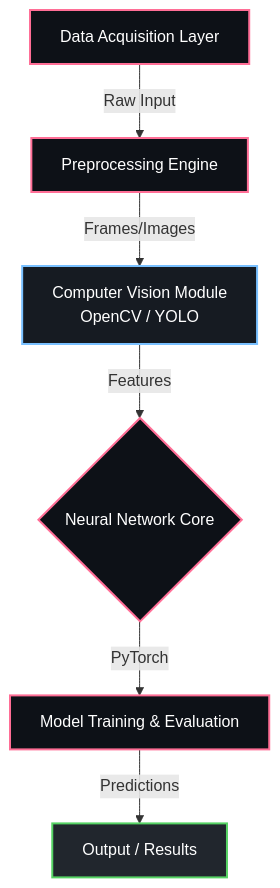
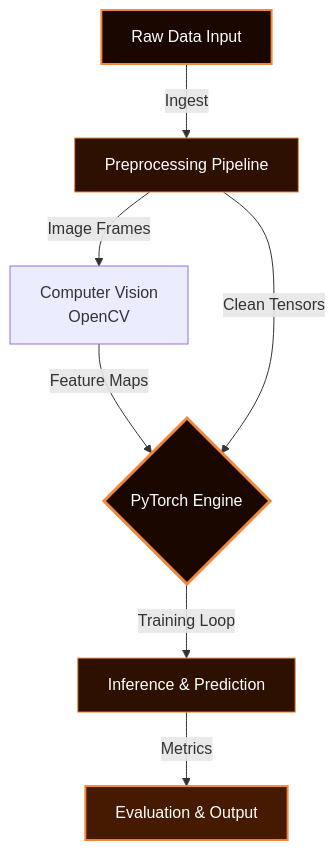
Before and after one commit to karthik-idikuda/Adversarial-Inverse-Reinforcement-Learning-system-: the diagram in README.md, drawn with Mermaid. The commit also changed other lines of this file, not shown here.

````diff
--- a/README.md
+++ b/README.md
@@ -30,16 +35,15 @@
 ```mermaid
 graph TD;
-    A["Data Acquisition Layer"] -->|Raw Input| B["Preprocessing Engine"];
-    B -->|Frames/Images| C["Computer Vision Module<br/>OpenCV / YOLO"];
-    C -->|Features| D{"Neural Network Core"};
-    D -->|PyTorch| E["Model Training & Evaluation"];
-    E -->|Predictions| F["Output / Results"];
+    A["Raw Data Input"] -->|"Ingest"| B["Preprocessing Pipeline"];
+    B -->|"Image Frames"| CV["Computer Vision<br/>OpenCV"];
+    CV -->|"Feature Maps"| D;
+    B -->|"Clean Tensors"| D{"PyTorch Engine"};
+    D -->|"Training Loop"| E["Inference & Prediction"];
+    E -->|"Metrics"| F["Evaluation & Output"];
 
-    classDef ml fill:#0d1117,stroke:#ff6e96,stroke-width:2px,color:#fff;
-    classDef cv fill:#161b22,stroke:#79c0ff,stroke-width:2px,color:#fff;
-    classDef web fill:#21262d,stroke:#56d364,stroke-width:2px,color:#fff;
-    class A,B ml;
-    class C cv;
-    class D,E ml;
-    class F,G web;
+    style A fill:#1a0800,stroke:#f0883e,stroke-width:2px,color:#fff
+    style B fill:#2d1000,stroke:#f0883e,stroke-width:1px,color:#fff
+    style D fill:#1a0800,stroke:#f0883e,stroke-width:3px,color:#fff
+    style E fill:#2d1000,stroke:#f0883e,stroke-width:1px,color:#fff
+    style F fill:#451a00,stroke:#f0883e,stroke-width:2px,color:#fff
 ```
````
